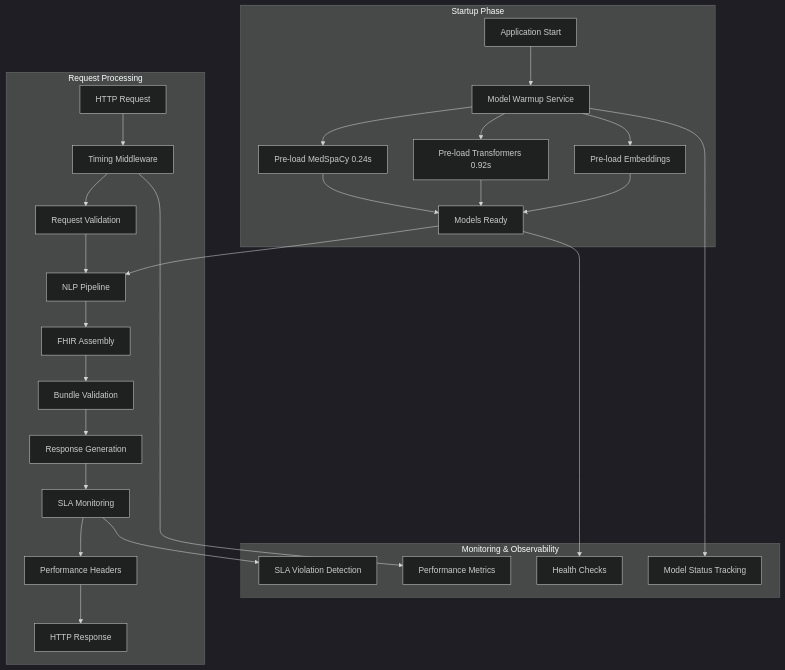
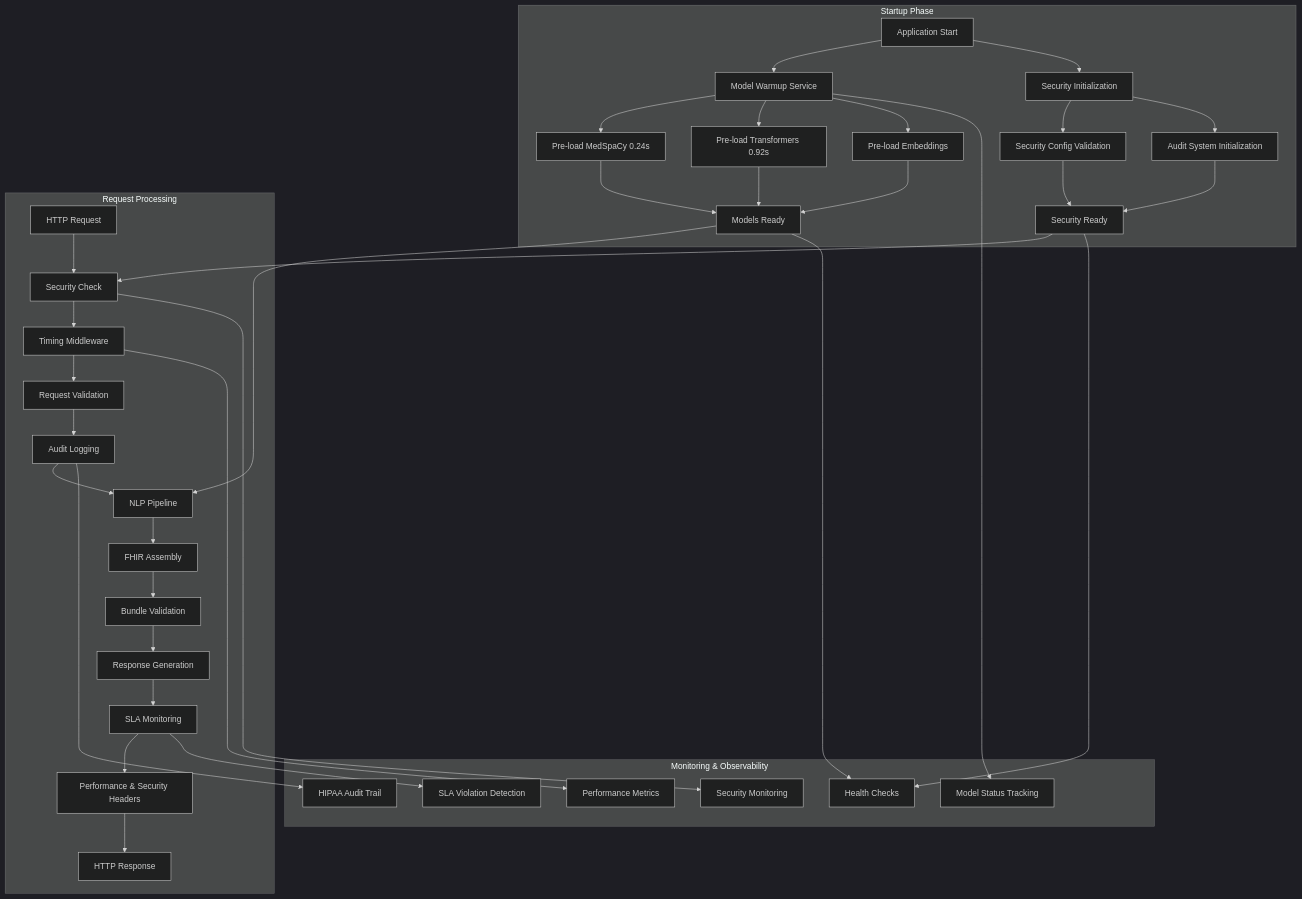
One commit to jc7k/nl-fhir changed the first of 3 diagrams in README.md. Above: the diagram before and after it, drawn with Mermaid (dark theme). The commit also changed other lines of this file, not shown here.

First line of the commit message:
📐 docs: Update architecture diagrams with comprehensive v1.1.0 security components

````diff
--- a/README.md
+++ b/README.md
@@ -243,37 +243,50 @@
 ```mermaid
 graph TB
     subgraph "Startup Phase"
         A[Application Start] --> B[Model Warmup Service]
+        A --> B2[Security Initialization]
         B --> C[Pre-load MedSpaCy 0.24s]
         B --> D[Pre-load Transformers 0.92s]
         B --> E[Pre-load Embeddings]
+        B2 --> F2[Security Config Validation]
+        B2 --> F3[Audit System Initialization]
         C --> F[Models Ready]
         D --> F
         E --> F
+        F2 --> F4[Security Ready]
+        F3 --> F4
     end
 
     subgraph "Request Processing"
-        G[HTTP Request] --> H[Timing Middleware]
+        G[HTTP Request] --> G1[Security Check]
+        G1 --> H[Timing Middleware]
         H --> I[Request Validation]
-        I --> J[NLP Pipeline]
+        I --> I1[Audit Logging]
+        I1 --> J[NLP Pipeline]
         J --> K[FHIR Assembly]
         K --> L[Bundle Validation]
         L --> M[Response Generation]
         M --> N[SLA Monitoring]
-        N --> O[Performance Headers]
+        N --> O[Performance & Security Headers]
         O --> P[HTTP Response]
     end
 
     subgraph "Monitoring & Observability"
         Q[Performance Metrics]
         R[SLA Violation Detection]
         S[Health Checks]
         T[Model Status Tracking]
+        U[Security Monitoring]
+        V[HIPAA Audit Trail]
     end
 
     F --> J
+    F4 --> G1
     H --> Q
     N --> R
     F --> S
+    F4 --> S
     B --> T
+    G1 --> U
+    I1 --> V
 ```
````
